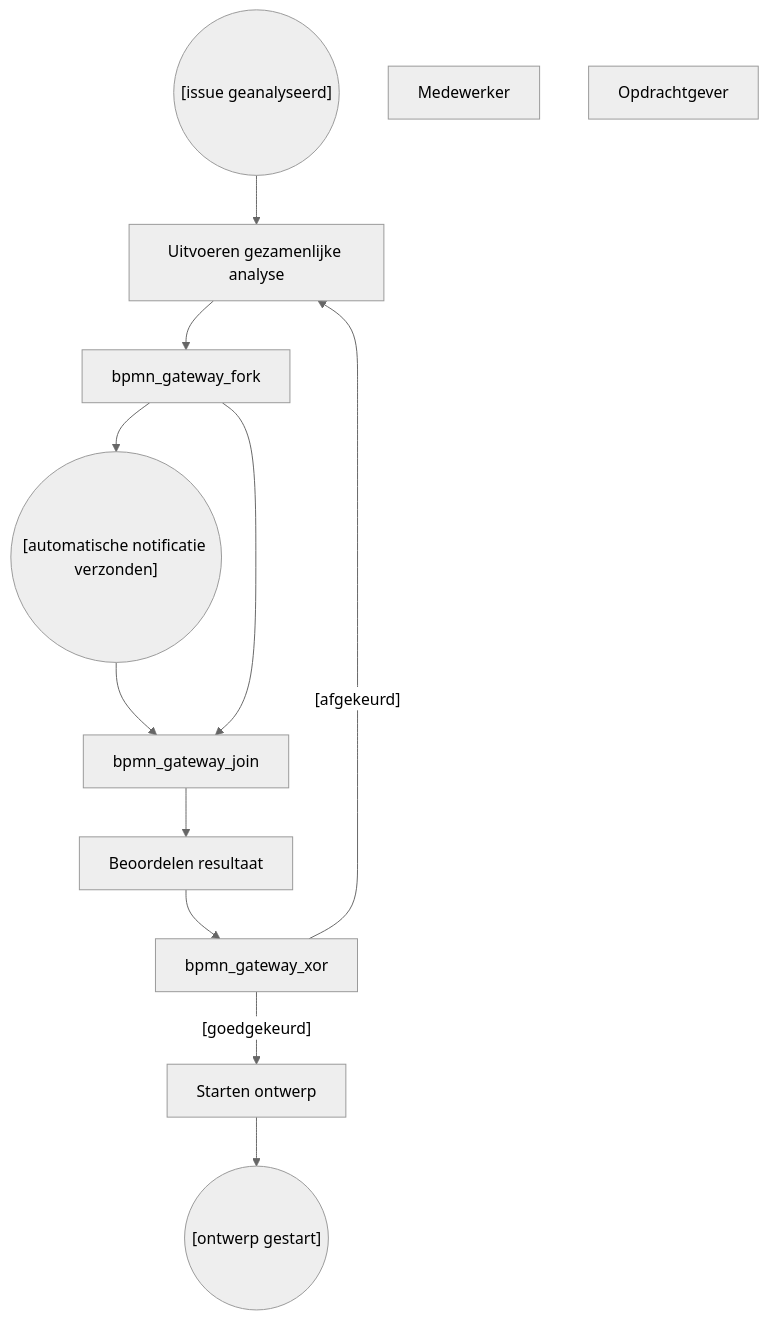
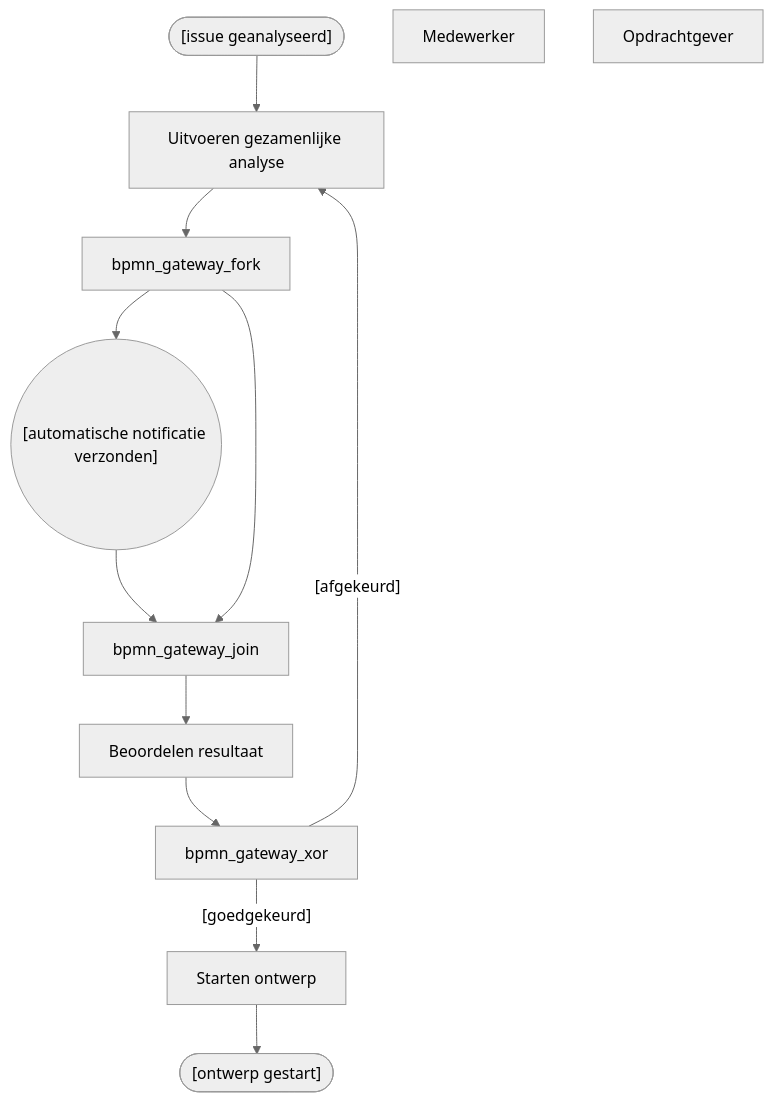
The diagram in 4 Issue Tracker review analyse.mermaid (Zaibatsu89/IssueTracker), drawn with Mermaid (neutral theme) before and after one commit. The commit also changed 12 other files, not shown here.

Commit message:
Added support for both BPMN and standard flowchart shapes

```diff
--- a/4 Issue Tracker review analyse.mermaid
+++ b/4 Issue Tracker review analyse.mermaid
@@ -1,19 +1,19 @@
-graph TD
-    bpmn_start_event(("[issue geanalyseerd]"))
+flowchart TD
+    bpmn_start_event(["[issue geanalyseerd]"])
     bpmn_task_intake["Uitvoeren gezamenlijke analyse"]
     bpmn_event_notification(("[automatische notificatie verzonden]"))
     bpmn_task_beoordeling["Beoordelen resultaat"]
     bpmn_task_analyse["Starten ontwerp"]
-    bpmn_end_event(("[ontwerp gestart]"))
+    bpmn_end_event(["[ontwerp gestart]"])
     mIc6XLMKuAxiAPNymMe0-20["Medewerker"]
     mIc6XLMKuAxiAPNymMe0-21["Opdrachtgever"]
     bpmn_gateway_xor -->|"[goedgekeurd]"| bpmn_task_analyse
     bpmn_gateway_xor -->|"[afgekeurd]"| bpmn_task_intake
     bpmn_start_event --> bpmn_task_intake
     bpmn_task_intake --> bpmn_gateway_fork
     bpmn_gateway_fork --> bpmn_event_notification
     bpmn_event_notification --> bpmn_gateway_join
     bpmn_gateway_fork --> bpmn_gateway_join
     bpmn_gateway_join --> bpmn_task_beoordeling
     bpmn_task_beoordeling --> bpmn_gateway_xor
     bpmn_task_analyse --> bpmn_end_event
```
